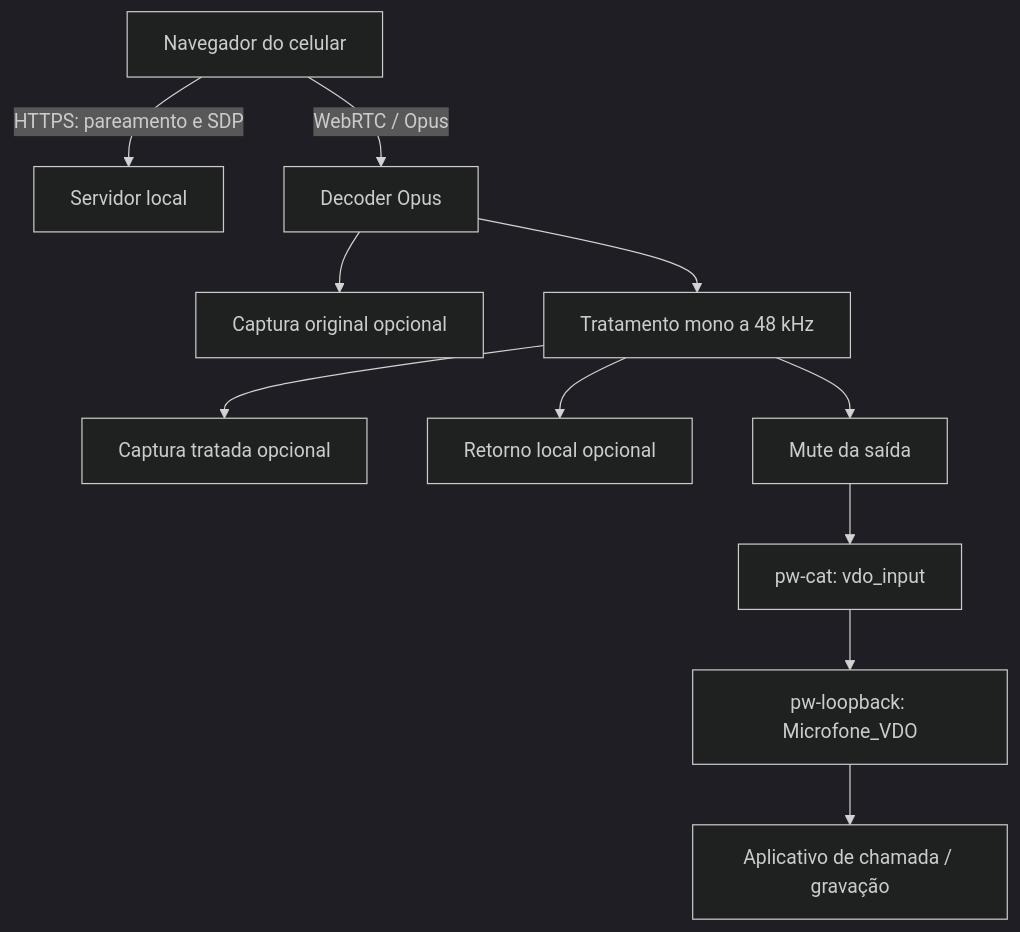
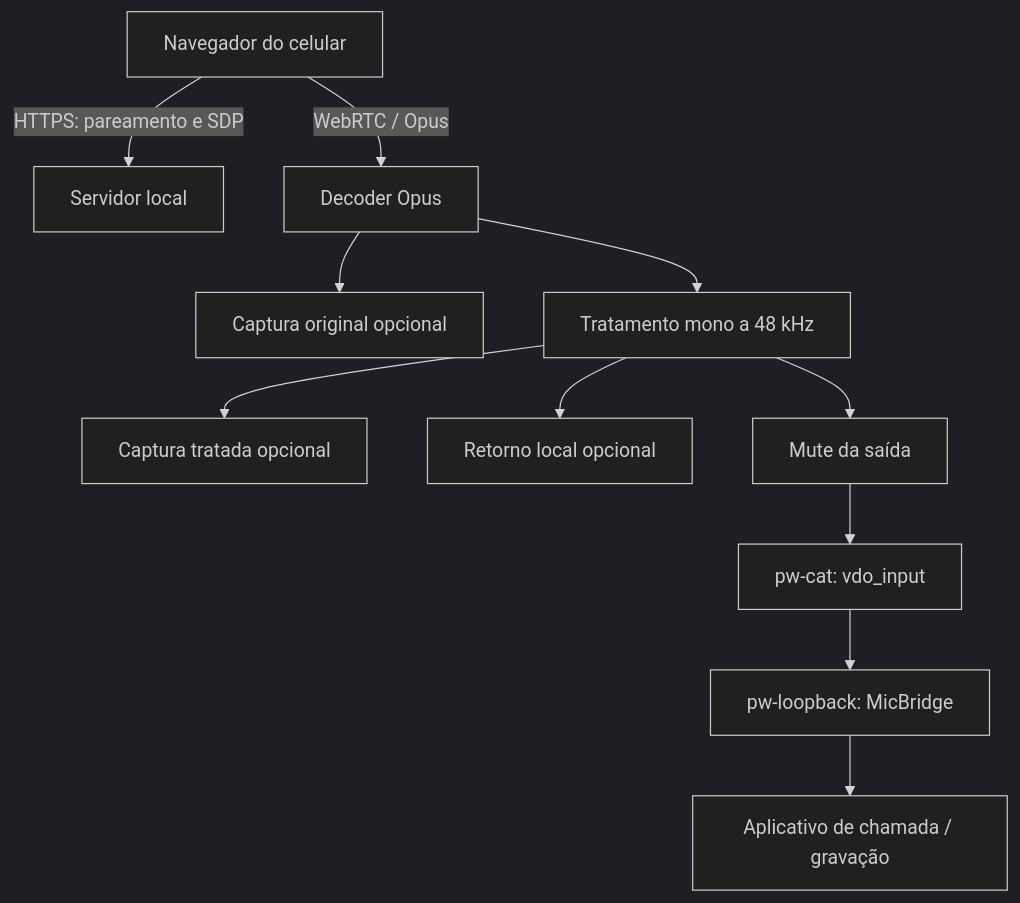
Before and after one commit to Wpaif/MicBridge: the diagram in docs/architecture.md, drawn with Mermaid (dark theme). The commit also changed 4 other files, not shown here.

Commit message:
fix(audio): identifica microfone virtual como MicBridge

````diff
--- a/docs/architecture.md
+++ b/docs/architecture.md
@@ -5,13 +5,13 @@
 ```mermaid
 flowchart TD
     Phone[Navegador do celular] -->|HTTPS: pareamento e SDP| Server[Servidor local]
     Phone -->|WebRTC / Opus| Decode[Decoder Opus]
     Decode --> Original[Captura original opcional]
     Decode --> DSP[Tratamento mono a 48 kHz]
     DSP --> Treated[Captura tratada opcional]
     DSP --> Monitor[Retorno local opcional]
     DSP --> Mute[Mute da saída]
     Mute --> Sink[pw-cat: vdo_input]
-    Sink --> Source[pw-loopback: Microfone_VDO]
+    Sink --> Source[pw-loopback: MicBridge]
     Source --> App[Aplicativo de chamada / gravação]
 ```
````
